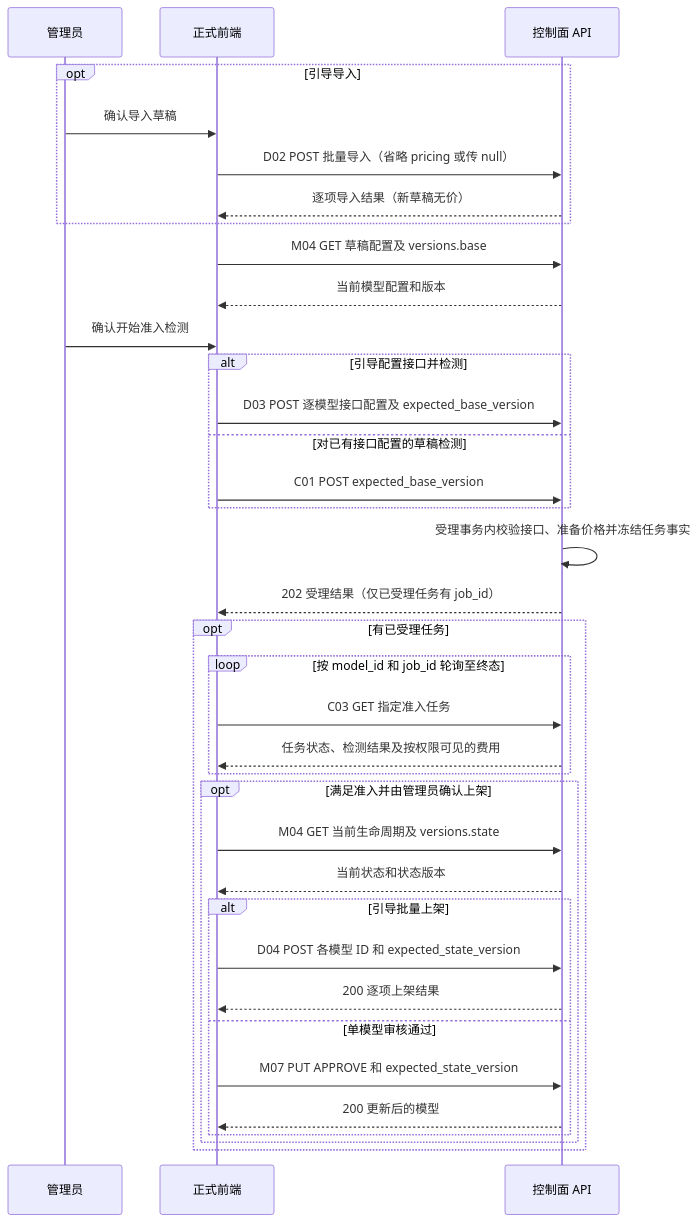
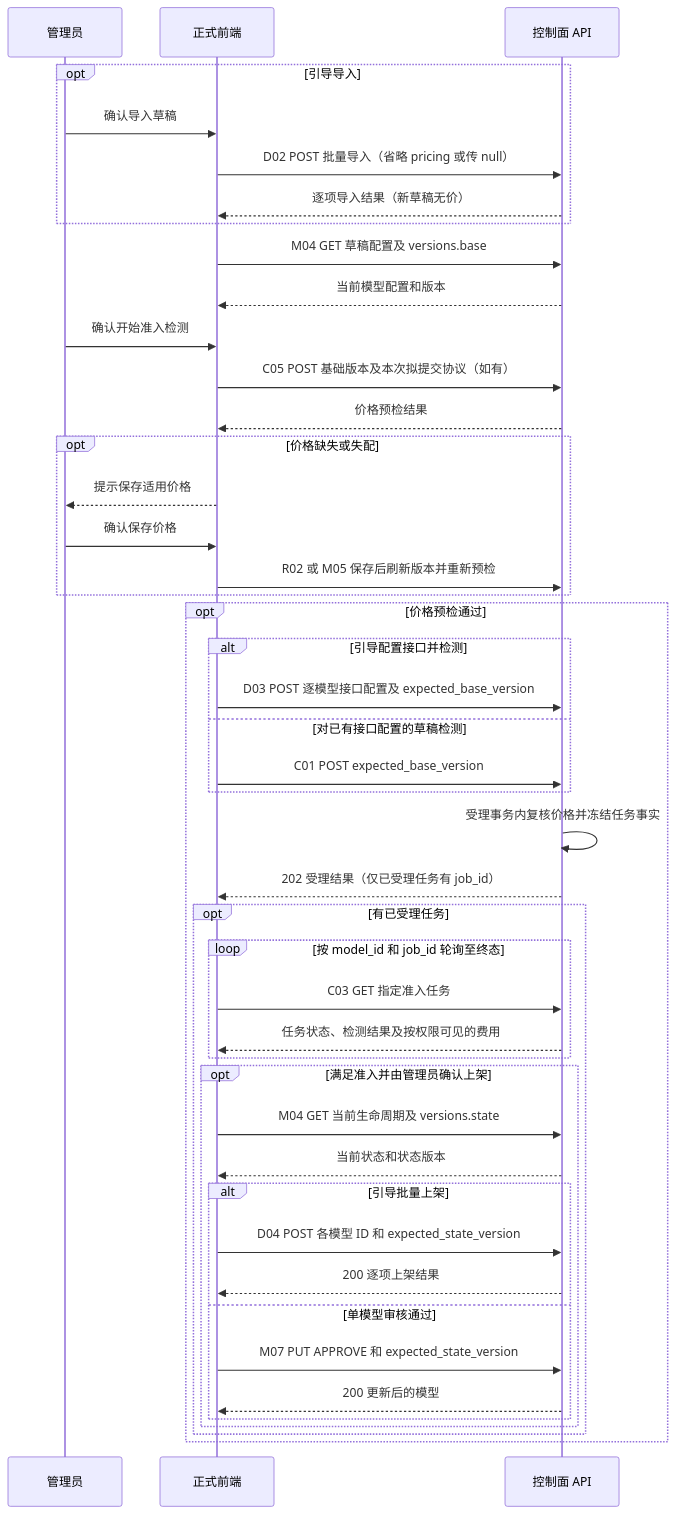
Before and after one commit to Gshengx/ai-gateway-admin: the fourth of 4 diagrams in docs/07-前端协同对接指南.md, drawn with Mermaid. The commit also changed other lines of this file and 91 other files, not shown here.

````diff
--- a/docs/07-前端协同对接指南.md
+++ b/docs/07-前端协同对接指南.md
@@ -809,39 +846,48 @@
 ```mermaid
 sequenceDiagram
   participant U as 管理员
   participant F as 正式前端
   participant A as 控制面 API
 
   opt 引导导入
     U->>F: 确认导入草稿
     F->>A: D02 POST 批量导入（省略 pricing 或传 null）
     A-->>F: 逐项导入结果（新草稿无价）
   end
   F->>A: M04 GET 草稿配置及 versions.base
   A-->>F: 当前模型配置和版本
   U->>F: 确认开始准入检测
-  alt 引导配置接口并检测
-    F->>A: D03 POST 逐模型接口配置及 expected_base_version
-  else 对已有接口配置的草稿检测
-    F->>A: C01 POST expected_base_version
+  F->>A: C05 POST 基础版本及本次拟提交协议（如有）
+  A-->>F: 价格预检结果
+  opt 价格缺失或失配
+    F-->>U: 提示保存适用价格
+    U->>F: 确认保存价格
+    F->>A: R02 或 M05 保存后刷新版本并重新预检
   end
-  A->>A: 受理事务内校验接口、准备价格并冻结任务事实
-  A-->>F: 202 受理结果（仅已受理任务有 job_id）
-  opt 有已受理任务
-    loop 按 model_id 和 job_id 轮询至终态
-      F->>A: C03 GET 指定准入任务
-      A-->>F: 任务状态、检测结果及按权限可见的费用
+  opt 价格预检通过
+    alt 引导配置接口并检测
+      F->>A: D03 POST 逐模型接口配置及 expected_base_version
+    else 对已有接口配置的草稿检测
+      F->>A: C01 POST expected_base_version
     end
-    opt 满足准入并由管理员确认上架
-      F->>A: M04 GET 当前生命周期及 versions.state
-      A-->>F: 当前状态和状态版本
-      alt 引导批量上架
-        F->>A: D04 POST 各模型 ID 和 expected_state_version
-        A-->>F: 200 逐项上架结果
-      else 单模型审核通过
-        F->>A: M07 PUT APPROVE 和 expected_state_version
-        A-->>F: 200 更新后的模型
+    A->>A: 受理事务内复核价格并冻结任务事实
+    A-->>F: 202 受理结果（仅已受理任务有 job_id）
+    opt 有已受理任务
+      loop 按 model_id 和 job_id 轮询至终态
+        F->>A: C03 GET 指定准入任务
+        A-->>F: 任务状态、检测结果及按权限可见的费用
+      end
+      opt 满足准入并由管理员确认上架
+        F->>A: M04 GET 当前生命周期及 versions.state
+        A-->>F: 当前状态和状态版本
+        alt 引导批量上架
+          F->>A: D04 POST 各模型 ID 和 expected_state_version
+          A-->>F: 200 逐项上架结果
+        else 单模型审核通过
+          F->>A: M07 PUT APPROVE 和 expected_state_version
+          A-->>F: 200 更新后的模型
+        end
       end
     end
   end
 ```
````
